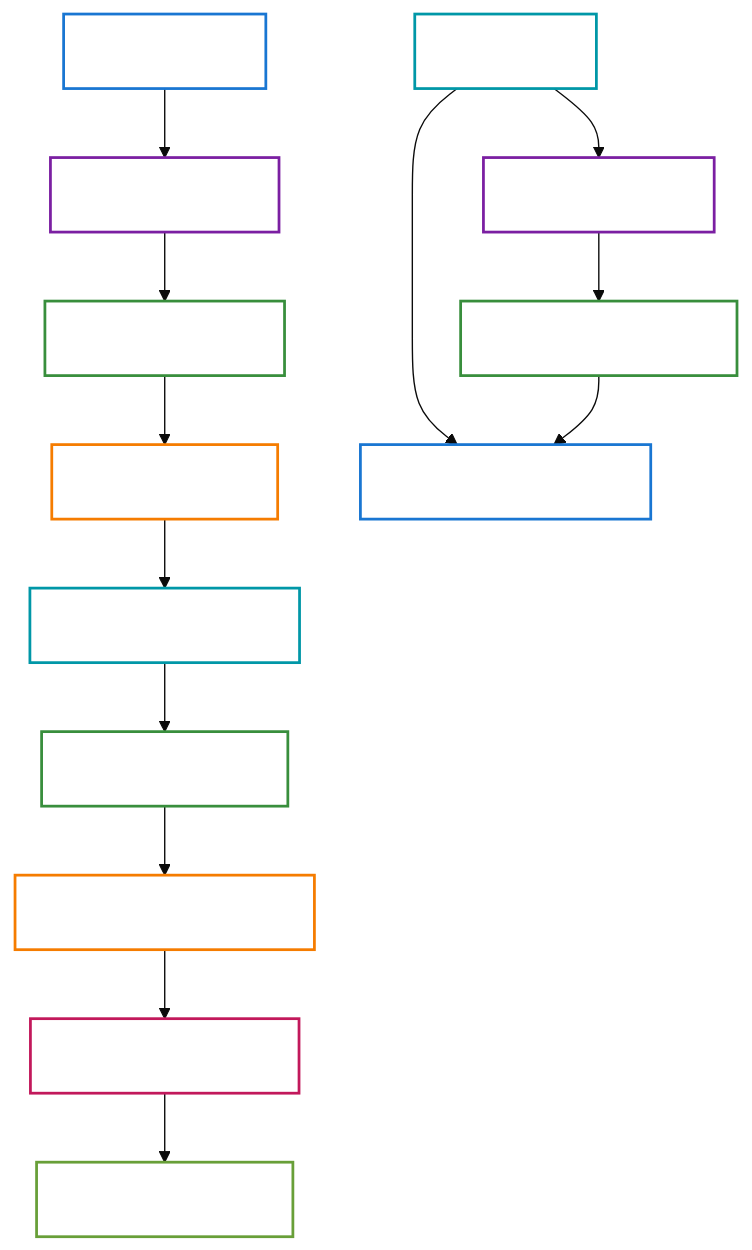
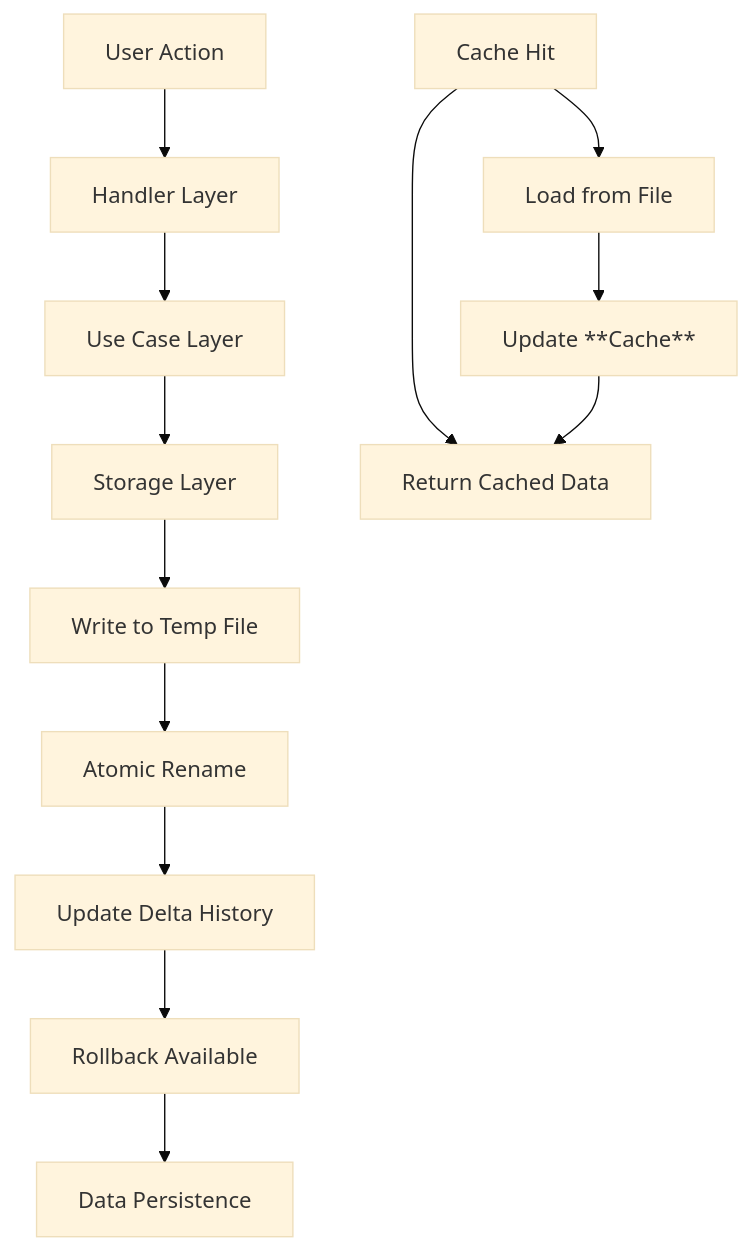
One commit to eannchen/leetsolv changed the fourth of 5 diagrams in README.md. Above: the diagram before and after it, drawn with Mermaid (base theme). The commit also changed other lines of this file and 4 other files, not shown here.

````diff
--- a/README.md
+++ b/README.md
@@ -179,30 +302,16 @@
 ```mermaid
 graph TD
     A["User Action"] --> B["Handler Layer"]
     B --> C["Use Case Layer"]
     C --> D["Storage Layer"]
     D --> G["Write to Temp File"]
     G --> H["Atomic Rename"]
     H --> I["Update Delta History"]
     I --> J["Rollback Available"]
     J --> K["Data Persistence"]
 
 
     L["Cache Hit"] --> M["Return Cached Data"] & N["Load from File"]
     N --> O["Update **Cache**"]
     O --> M
-
-    style A fill:#2196F3,fill-opacity:0,stroke:#1976D2,stroke-width:2px,color:#ffffff
-    style B fill:#9C27B0,fill-opacity:0,stroke:#7B1FA2,stroke-width:2px,color:#ffffff
-    style C fill:#4CAF50,fill-opacity:0,stroke:#388E3C,stroke-width:2px,color:#ffffff
-    style D fill:#FF9800,fill-opacity:0,stroke:#F57C00,stroke-width:2px,color:#ffffff
-    style G fill:#00BCD4,fill-opacity:0,stroke:#0097A7,stroke-width:2px,color:#ffffff
-    style H fill:#4CAF50,fill-opacity:0,stroke:#388E3C,stroke-width:2px,color:#ffffff
-    style I fill:#FF9800,fill-opacity:0,stroke:#F57C00,stroke-width:2px,color:#ffffff
-    style J fill:#E91E63,fill-opacity:0,stroke:#C2185B,stroke-width:2px,color:#ffffff
-    style K fill:#8BC34A,fill-opacity:0,stroke:#689F38,stroke-width:2px,color:#ffffff
-    style L fill:#00BCD4,fill-opacity:0,stroke:#0097A7,stroke-width:2px,color:#ffffff
-    style M fill:#2196F3,fill-opacity:0,stroke:#1976D2,stroke-width:2px,color:#ffffff
-    style N fill:#9C27B0,fill-opacity:0,stroke:#7B1FA2,stroke-width:2px,color:#ffffff
-    style O fill:#4CAF50,fill-opacity:0,stroke:#388E3C,stroke-width:2px,color:#ffffff
 ```
````
